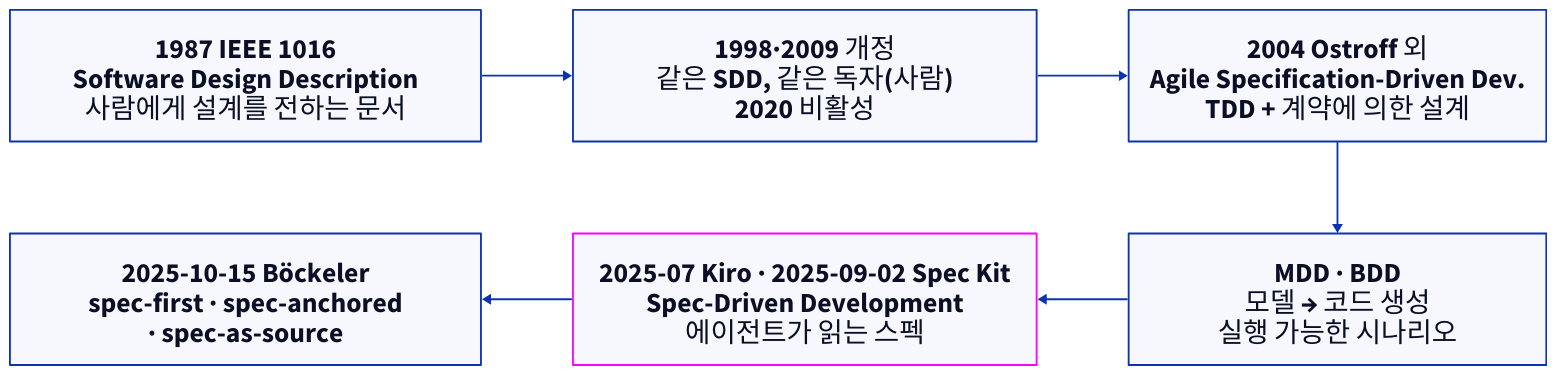
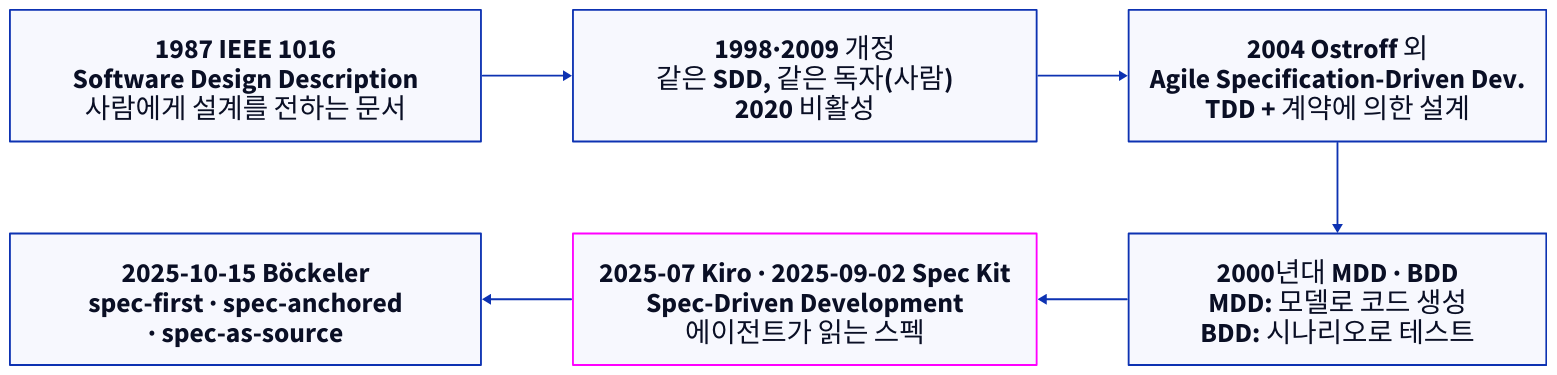
The diagram in kangnam-agentic/diagrams/src/p05-sdd-lineage.d2 (TheMagicTower/korean-ai-dev-course), drawn with D2 before and after one commit. The commit also changed 6 other files, not shown here.

First line of the commit message:
fix(kangnam-agentic): Tuesday dates in TOC PDFs, clearer MDD/BDD box (#13)

```diff
--- a/kangnam-agentic/diagrams/src/p05-sdd-lineage.d2
+++ b/kangnam-agentic/diagrams/src/p05-sdd-lineage.d2
@@ -1,18 +1,18 @@
 grid-rows: 2
 grid-columns: 3
 horizontal-gap: 100
 vertical-gap: 100
 a: "1987 IEEE 1016\nSoftware Design Description\n사람에게 설계를 전하는 문서"
 b: "1998·2009 개정\n같은 SDD, 같은 독자(사람)\n2020 비활성"
 c: "2004 Ostroff 외\nAgile Specification-Driven Dev.\nTDD + 계약에 의한 설계"
 f: "2025-10-15 Böckeler\nspec-first · spec-anchored\n· spec-as-source"
 e: "2025-07 Kiro · 2025-09-02 Spec Kit\nSpec-Driven Development\n에이전트가 읽는 스펙" {style.stroke: "#ff00ff"}
-d: "MDD · BDD\n모델 → 코드 생성\n실행 가능한 시나리오"
+d: "2000년대 MDD · BDD\nMDD: 모델로 코드 생성\nBDD: 시나리오로 테스트"
 a -> b
 b -> c
 c -> d
 d -> e
 e -> f
 
 **.style.font-size: 30
 (** -> **)[*].style.font-size: 24
```
